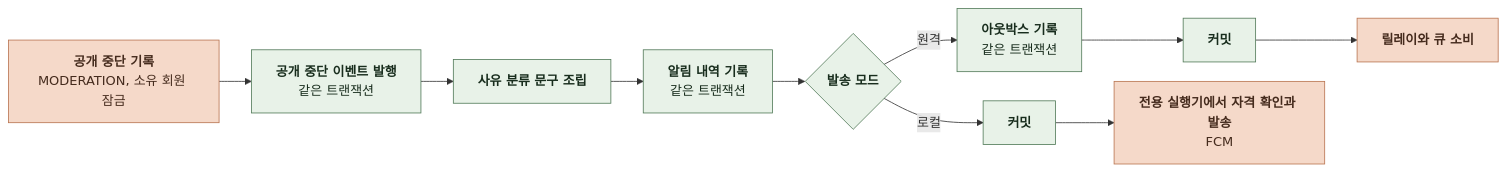
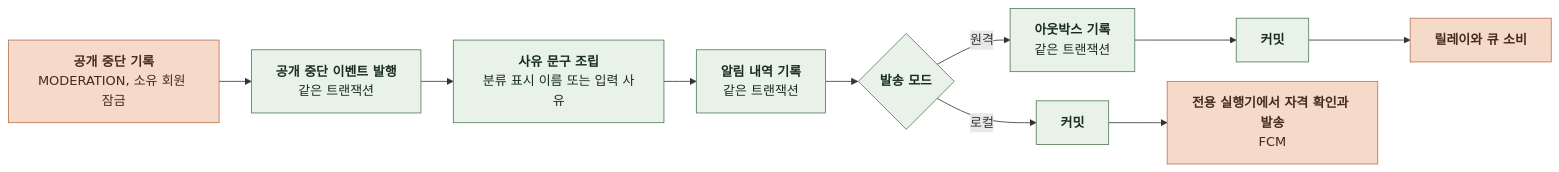
Before and after one commit to KIM-N-KANG/knk-harness: diagram 19 of 19 in docs/domain/NOTIFICATION/BACKEND/4-1-PIPELINES.md, drawn with Mermaid. The commit also changed other lines of this file and 25 other files, not shown here.

````diff
--- a/docs/domain/NOTIFICATION/BACKEND/4-1-PIPELINES.md
+++ b/docs/domain/NOTIFICATION/BACKEND/4-1-PIPELINES.md
@@ -663,22 +663,23 @@
 ```mermaid
 %%{init: {"flowchart": {"curve": "basis", "nodeSpacing": 24, "rankSpacing": 40}}}%%
 flowchart LR
     A["`**공개 중단 기록**
 MODERATION, 소유 회원 잠금`"] --> B["`**공개 중단 이벤트 발행**
 같은 트랜잭션`"]
-    B --> C["`**사유 분류 문구 조립**`"]
+    B --> C["`**사유 문구 조립**
+분류 표시 이름 또는 입력 사유`"]
     C --> N["`**알림 내역 기록**
 같은 트랜잭션`"]
     N --> D{"`**발송 모드**`"}
     D -->|원격| E["`**아웃박스 기록**
 같은 트랜잭션`"]
     E --> G["`**커밋**`"]
     G --> H["`**릴레이와 큐 소비**`"]
     D -->|로컬| I["`**커밋**`"]
     I --> F["`**전용 실행기에서 자격 확인과 발송**
 FCM`"]
     classDef comp fill:#E8F2E8,stroke:#527A59,color:#182D1D
     classDef task fill:#F5D9C9,stroke:#B97450,color:#452B1D
     class B,C,D,E,G,I,N comp
     class A,F,H task
 ```
````
